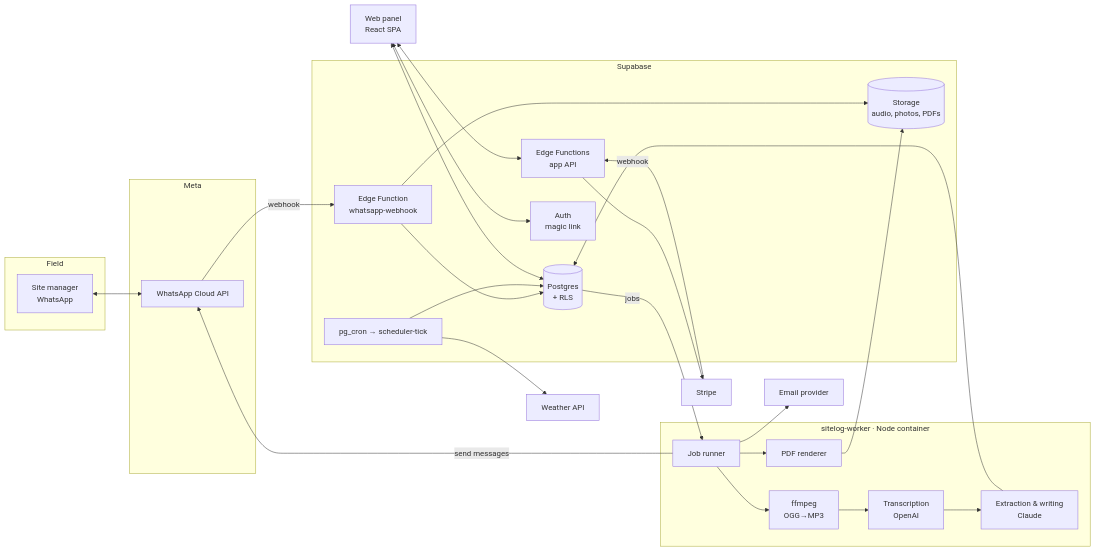
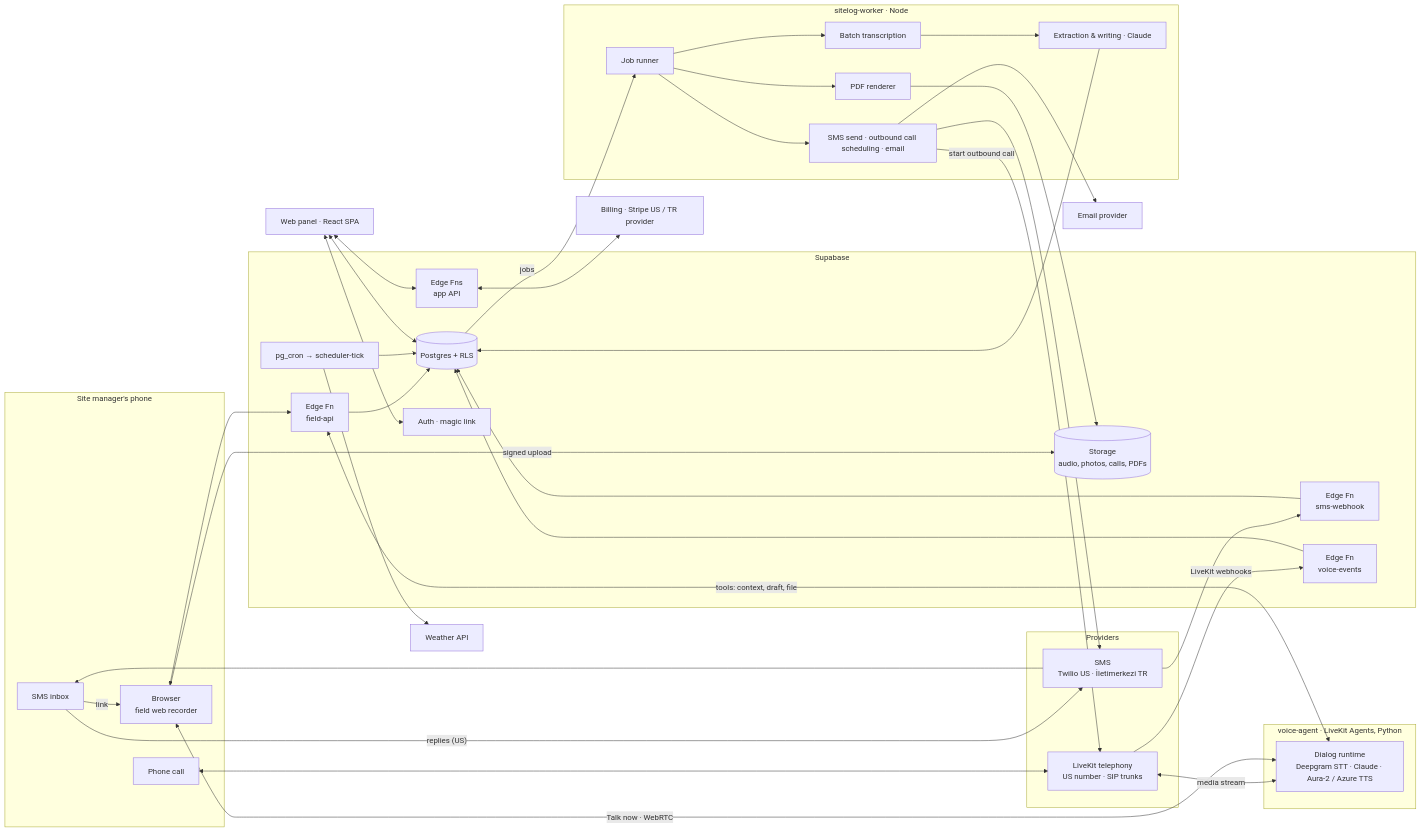
The first of 5 diagrams in docs/SITELOG_SPEC.md (ErtanNNC/SiteLog), drawn with Mermaid before and after one commit. The commit also changed other lines of this file and 28 other files, not shown here.

````diff
--- a/docs/SITELOG_SPEC.md
+++ b/docs/SITELOG_SPEC.md
@@ -155,46 +172,63 @@
 ```mermaid
 flowchart LR
-  subgraph Field
-    SM[Site manager<br/>WhatsApp]
+  subgraph Field[Site manager's phone]
+    SMSAPP[SMS inbox]
+    BROWSER[Browser<br/>field web recorder]
+    DIALER[Phone call]
   end
-  subgraph Meta
-    WA[WhatsApp Cloud API]
+  subgraph Providers
+    SMSP[SMS<br/>Twilio US · İletimerkezi TR]
+    TEL[LiveKit telephony<br/>US number · SIP trunks]
+  end
+  subgraph Voice[voice-agent · LiveKit Agents, Python]
+    VA[Dialog runtime<br/>Deepgram STT · Claude · Aura-2 / Azure TTS]
   end
   subgraph Supabase
-    WH[Edge Function<br/>whatsapp-webhook]
-    DB[(Postgres<br/>+ RLS)]
-    ST[(Storage<br/>audio, photos, PDFs)]
+    SMSWH[Edge Fn<br/>sms-webhook]
+    CALLWH[Edge Fn<br/>voice-events]
+    FAPI[Edge Fn<br/>field-api]
+    DB[(Postgres + RLS)]
+    ST[(Storage<br/>audio, photos, calls, PDFs)]
     CRON[pg_cron → scheduler-tick]
-    API[Edge Functions<br/>app API]
-    AUTH[Auth<br/>magic link]
+    API[Edge Fns<br/>app API]
+    AUTH[Auth · magic link]
   end
-  subgraph Worker[sitelog-worker · Node container]
+  subgraph Worker[sitelog-worker · Node]
     Q[Job runner]
-    FF[ffmpeg<br/>OGG→MP3]
-    TR[Transcription<br/>OpenAI]
-    EX[Extraction & writing<br/>Claude]
+    TR[Batch transcription]
+    EX[Extraction & writing · Claude]
     PDF[PDF renderer]
+    OUT[SMS send · outbound call scheduling · email]
   end
+  WEB[Web panel · React SPA]
   WX[Weather API]
   EM[Email provider]
-  STRIPE[Stripe]
-  WEB[Web panel<br/>React SPA]
+  PAY[Billing · Stripe US / TR provider]
 
-  SM <--> WA
-  WA -- webhook --> WH
-  WH --> DB
-  WH --> ST
+  SMSP --> SMSAPP
+  SMSAPP -- link --> BROWSER
+  BROWSER <--> FAPI
+  BROWSER -- signed upload --> ST
+  DIALER <--> TEL
+  TEL <-- media stream --> VA
+  BROWSER <-- Talk now · WebRTC --> VA
+  TEL -- LiveKit webhooks --> CALLWH
+  VA <-- tools: context, draft, file --> FAPI
+  SMSAPP -- replies (US) --> SMSP --> SMSWH
+  SMSWH --> DB
+  CALLWH --> DB
+  FAPI --> DB
   DB -- jobs --> Q
-  Q --> FF --> TR --> EX
-  EX --> DB
+  Q --> TR --> EX --> DB
   Q --> PDF --> ST
-  Q -- send messages --> WA
-  Q --> EM
+  Q --> OUT
+  OUT --> SMSP
+  OUT -- start outbound call --> TEL
+  OUT --> EM
   CRON --> DB
   CRON --> WX
   WEB <--> AUTH
   WEB <--> DB
   WEB <--> API
-  API --> STRIPE
-  STRIPE -- webhook --> API
+  API <--> PAY
 ```
````
